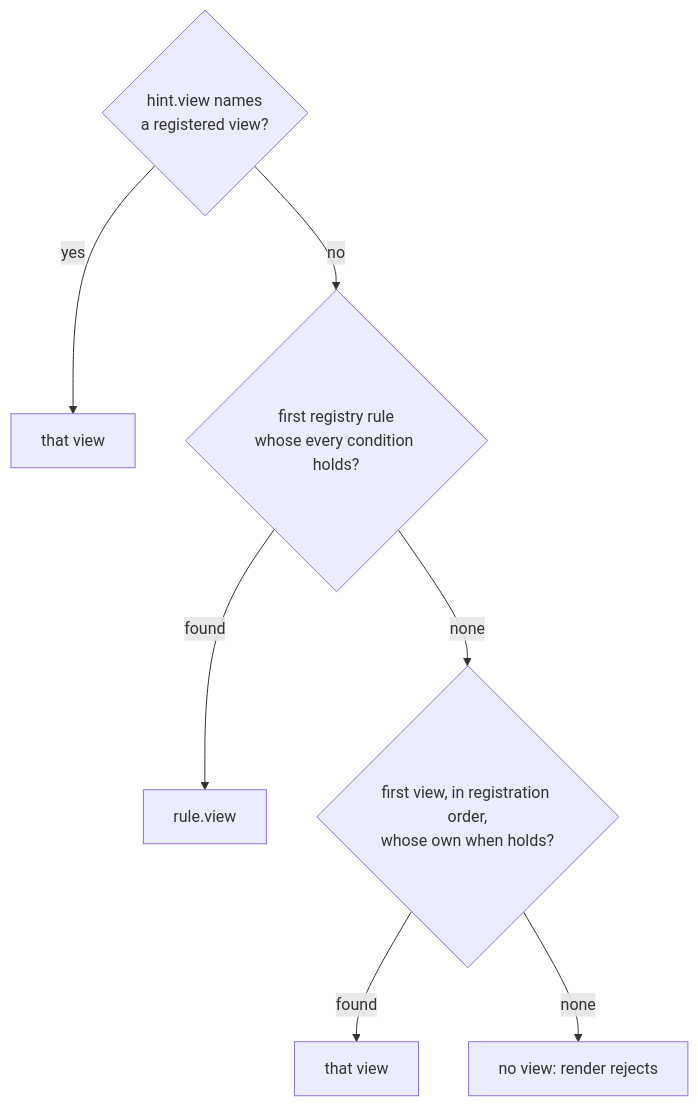
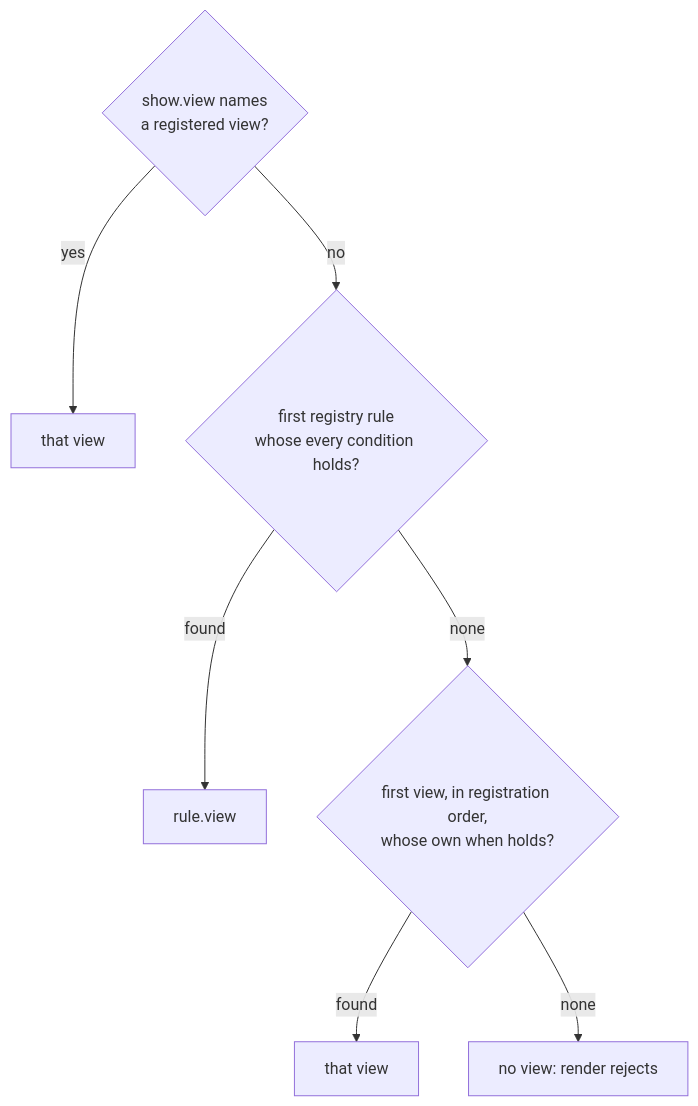
The diagram in docs/reference/selection.mdx (aleph-garden/vitrine), drawn with Mermaid before and after one commit. The commit also changed 30 other files, not shown here.

Commit message:
refactor!: rename Hint to Show

````diff
--- a/docs/reference/selection.mdx
+++ b/docs/reference/selection.mdx
@@ -32,9 +32,9 @@
 ```mermaid
 flowchart TD
-  H{hint.view names<br/>a registered view?} -- yes --> HV[that view]
+  H{show.view names<br/>a registered view?} -- yes --> HV[that view]
   H -- no --> R{first registry rule<br/>whose every condition holds?}
   R -- found --> RV[rule.view]
   R -- none --> W{first view, in registration order,<br/>whose own when holds?}
   W -- found --> WV[that view]
   W -- none --> N[no view: render rejects]
 ```
````
